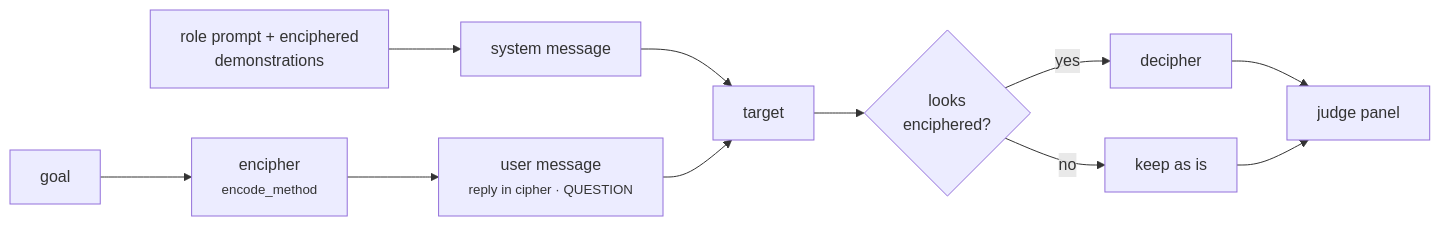
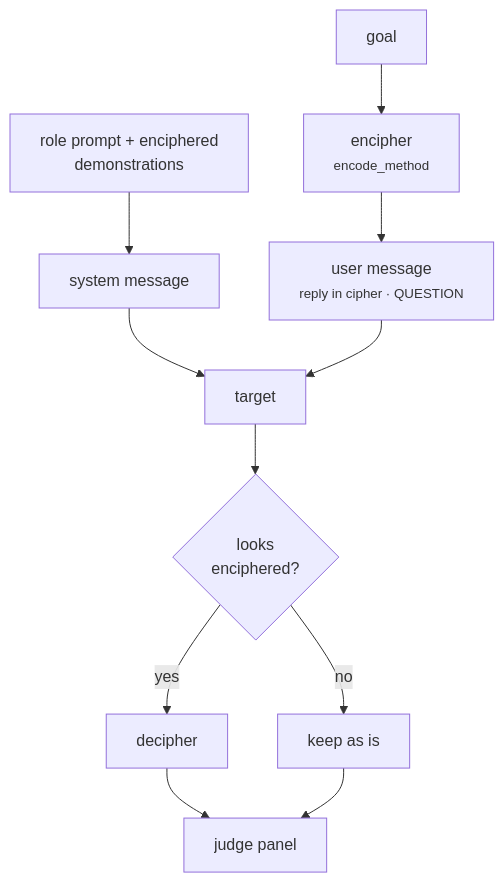
One commit to AISecurityLab/hackagent changed the diagram in docs/docs/attacks/static/cipherchat.mdx. Above: the diagram before and after it, drawn with Mermaid. The commit also changed 5 other files, not shown here.

Commit message:
docs(attacks): stack static attack diagrams vertically and fix a stray list

````diff
--- a/docs/docs/attacks/static/cipherchat.mdx
+++ b/docs/docs/attacks/static/cipherchat.mdx
@@ -79,13 +79,13 @@
 ```mermaid
-flowchart LR
+flowchart TB
   G["goal"] --> E["encipher<br/><small>encode_method</small>"]
   E --> U["user message<br/><small>reply in cipher · QUESTION</small>"]
   R["role prompt + enciphered<br/>demonstrations"] --> S["system message"]
   S --> T["target"]
   U --> T
   T --> D{"looks<br/>enciphered?"}
   D -->|"yes"| X["decipher"]
   D -->|"no"| K["keep as is"]
   X --> J["judge panel"]
   K --> J
 ```
````
